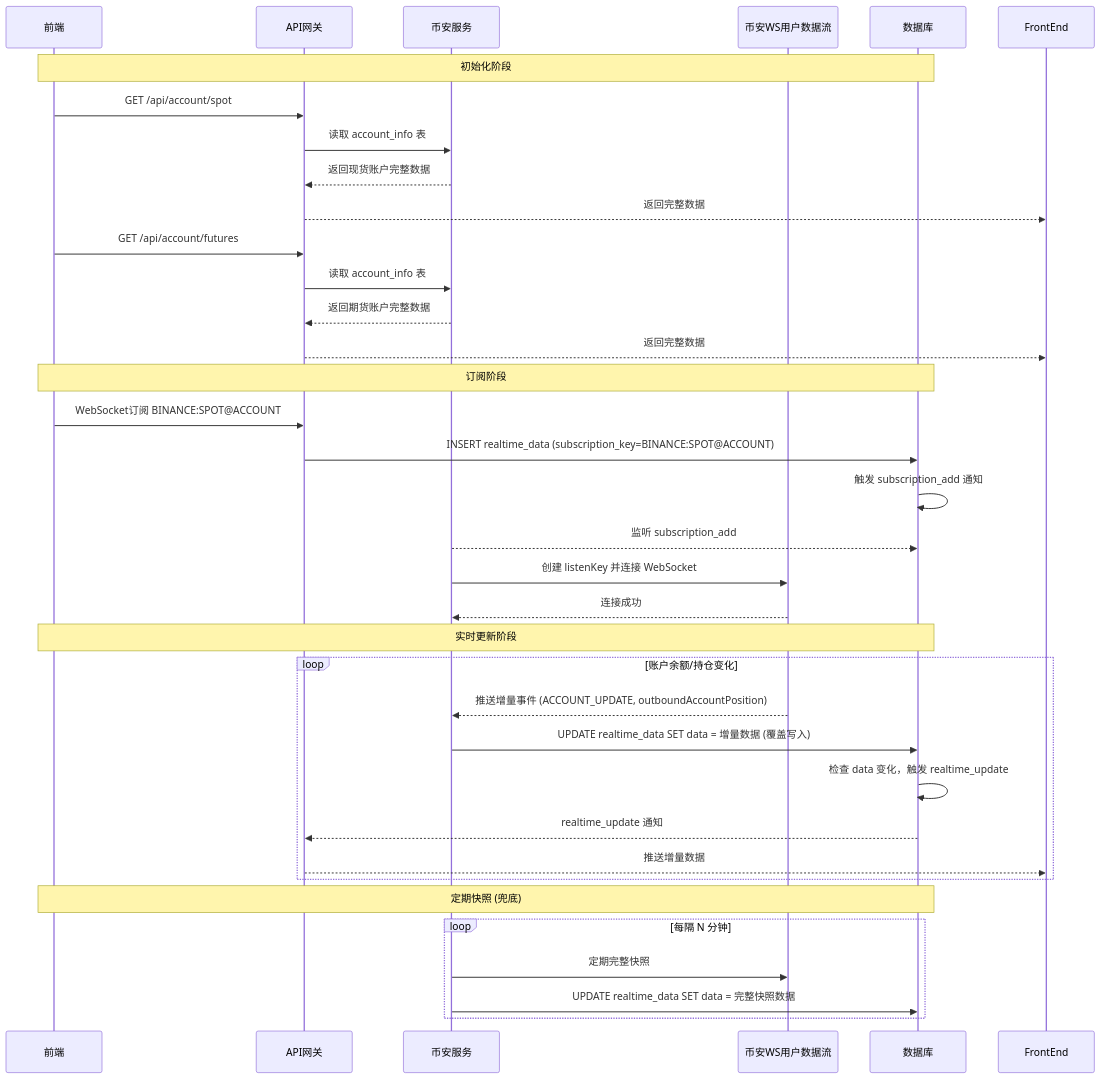
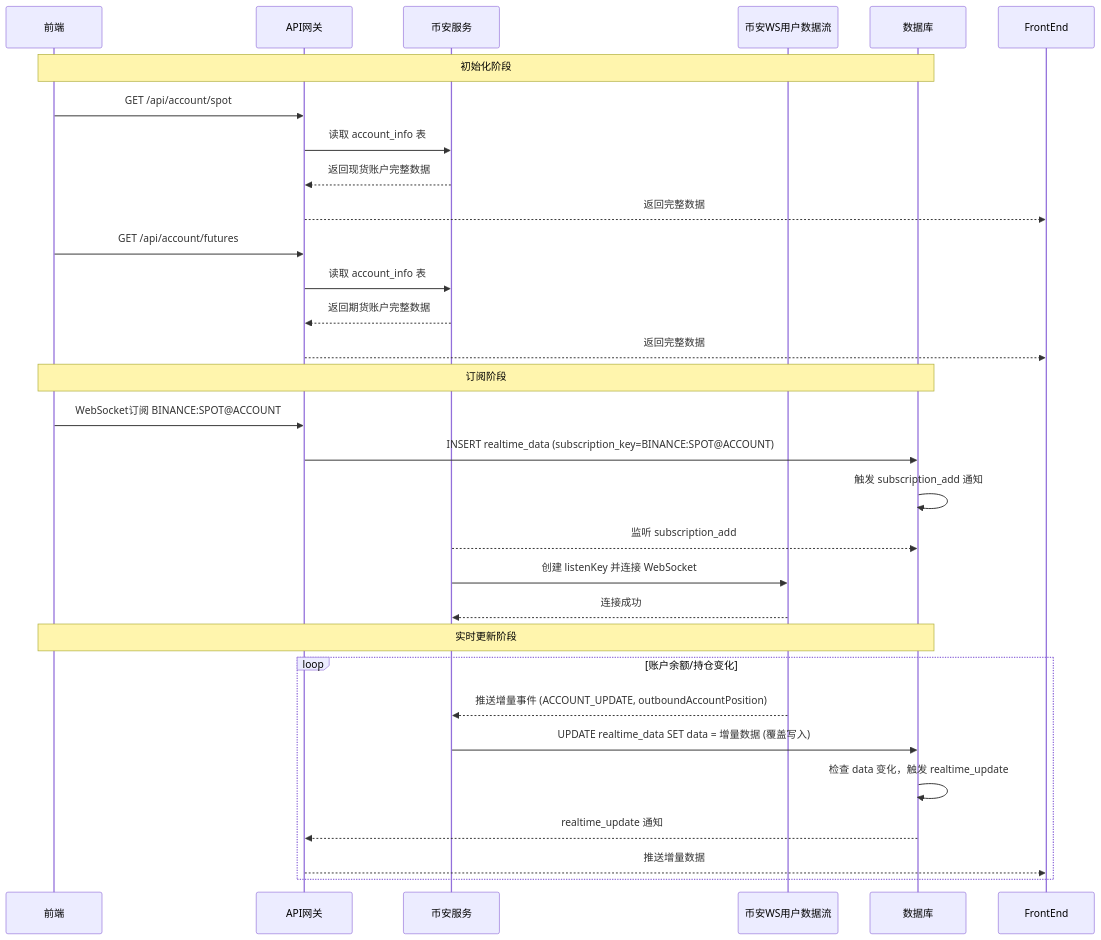
The eighth of 10 diagrams in docs/backend/design/02-dataflow.md (mj2154/quant-trading-system-2602), drawn with Mermaid before and after one commit. The commit also changed other lines of this file and 57 other files, not shown here.

````diff
--- a/docs/backend/design/02-dataflow.md
+++ b/docs/backend/design/02-dataflow.md
@@ -321,47 +320,41 @@
 ```mermaid
 sequenceDiagram
     participant Frontend as 前端
     participant GW as API网关
     participant BN as 币安服务
     participant BinanceWS as 币安WS用户数据流
     participant DB as 数据库
 
     Note over Frontend, DB: 初始化阶段
 
     Frontend->>GW: GET /api/account/spot
     GW->>BN: 读取 account_info 表
     BN-->>GW: 返回现货账户完整数据
     GW-->>FrontEnd: 返回完整数据
 
     Frontend->>GW: GET /api/account/futures
     GW->>BN: 读取 account_info 表
     BN-->>GW: 返回期货账户完整数据
     GW-->>FrontEnd: 返回完整数据
 
     Note over Frontend, DB: 订阅阶段
 
     Frontend->>GW: WebSocket订阅 BINANCE:SPOT@ACCOUNT
     GW->>DB: INSERT realtime_data (subscription_key=BINANCE:SPOT@ACCOUNT)
     DB->>DB: 触发 subscription_add 通知
 
     BN-->>DB: 监听 subscription_add
     BN->>BinanceWS: 创建 listenKey 并连接 WebSocket
     BinanceWS-->>BN: 连接成功
 
     Note over Frontend, DB: 实时更新阶段
 
     loop 账户余额/持仓变化
         BinanceWS-->>BN: 推送增量事件 (ACCOUNT_UPDATE, outboundAccountPosition)
         BN->>DB: UPDATE realtime_data SET data = 增量数据 (覆盖写入)
         DB->>DB: 检查 data 变化，触发 realtime_update
         DB-->>GW: realtime_update 通知
         GW-->>FrontEnd: 推送增量数据
     end
 
-    Note over Frontend, DB: 定期快照 (兜底)
-
-    loop 每隔 N 分钟
-        BN->>BinanceWS: 定期完整快照
-        BN->>DB: UPDATE realtime_data SET data = 完整快照数据
-    end
 ```
````
